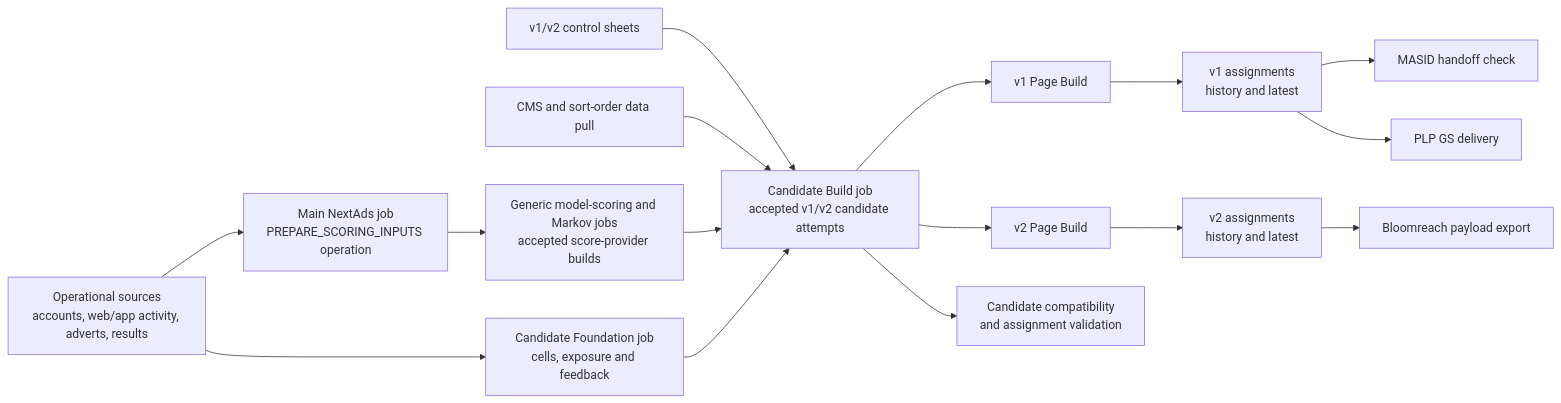
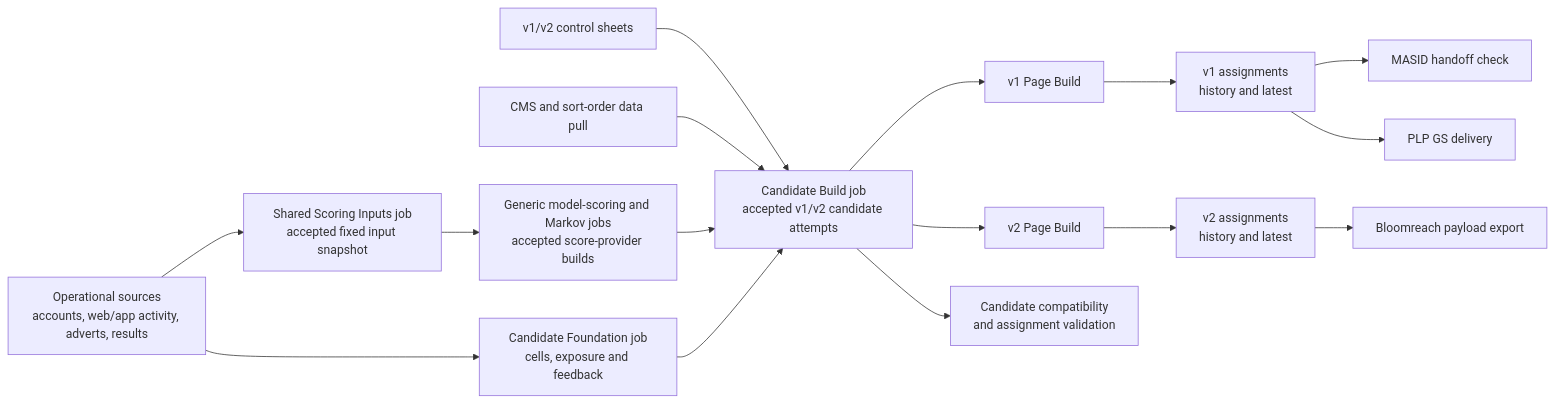
Before and after one commit to swblain-glyndwr/personal_project: the first of 2 diagrams in docs/architecture/nextads_job_table_flow.md, drawn with Mermaid. The commit also changed other lines of this file and 18 other files, not shown here.

Commit message:
Separate shared scoring inputs from candidate build

````diff
--- a/docs/architecture/nextads_job_table_flow.md
+++ b/docs/architecture/nextads_job_table_flow.md
@@ -144,31 +140,31 @@
 ```mermaid
 flowchart LR
   operational["Operational sources<br/>accounts, web/app activity, adverts, results"]
-  scoring_inputs["Main NextAds job<br/>PREPARE_SCORING_INPUTS operation"]
+  scoring_inputs["Shared Scoring Inputs job<br/>accepted fixed input snapshot"]
   providers["Generic model-scoring and Markov jobs<br/>accepted score-provider builds"]
   foundation["Candidate Foundation job<br/>cells, exposure and feedback"]
   control["v1/v2 control sheets"]
   data_pull["CMS and sort-order data pull"]
   candidates["Candidate Build job<br/>accepted v1/v2 candidate attempts"]
   page_v1["v1 Page Build"]
   page_v2["v2 Page Build"]
   assignments_v1["v1 assignments<br/>history and latest"]
   assignments_v2["v2 assignments<br/>history and latest"]
   masid["MASID handoff check"]
   plp["PLP GS delivery"]
   payload["Bloomreach payload export"]
   compatibility["Candidate compatibility<br/>and assignment validation"]
 
   operational --> scoring_inputs --> providers
   operational --> foundation
   control --> candidates
   data_pull --> candidates
   providers --> candidates
   foundation --> candidates
   candidates --> page_v1 --> assignments_v1
   candidates --> page_v2 --> assignments_v2
   assignments_v1 --> masid
   assignments_v1 --> plp
   assignments_v2 --> payload
   candidates --> compatibility
 ```
````
